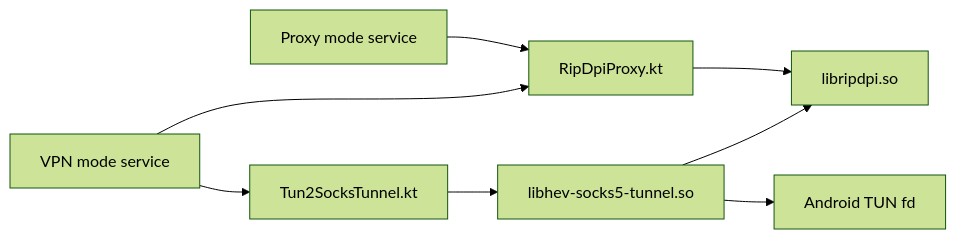
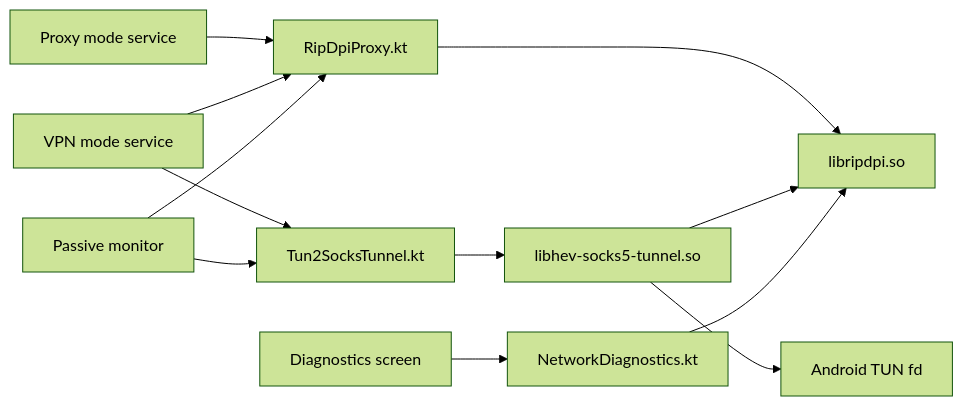
One commit to po4yka/RIPDPI changed the diagram in docs/native/README.md. Above: the diagram before and after it, drawn with Mermaid (forest theme). The commit also changed other lines of this file and 4 other files, not shown here.

````diff
--- a/docs/native/README.md
+++ b/docs/native/README.md
@@ -14,10 +15,14 @@
 ```mermaid
 flowchart LR
   A["Proxy mode service"] --> B["RipDpiProxy.kt"]
   C["VPN mode service"] --> B
   B --> D["libripdpi.so"]
   C --> E["Tun2SocksTunnel.kt"]
   E --> F["libhev-socks5-tunnel.so"]
   F --> G["Android TUN fd"]
   F --> D
+  H["Diagnostics screen"] --> I["NetworkDiagnostics.kt"]
+  I --> D
+  J["Passive monitor"] --> B
+  J --> E
 ```
````
